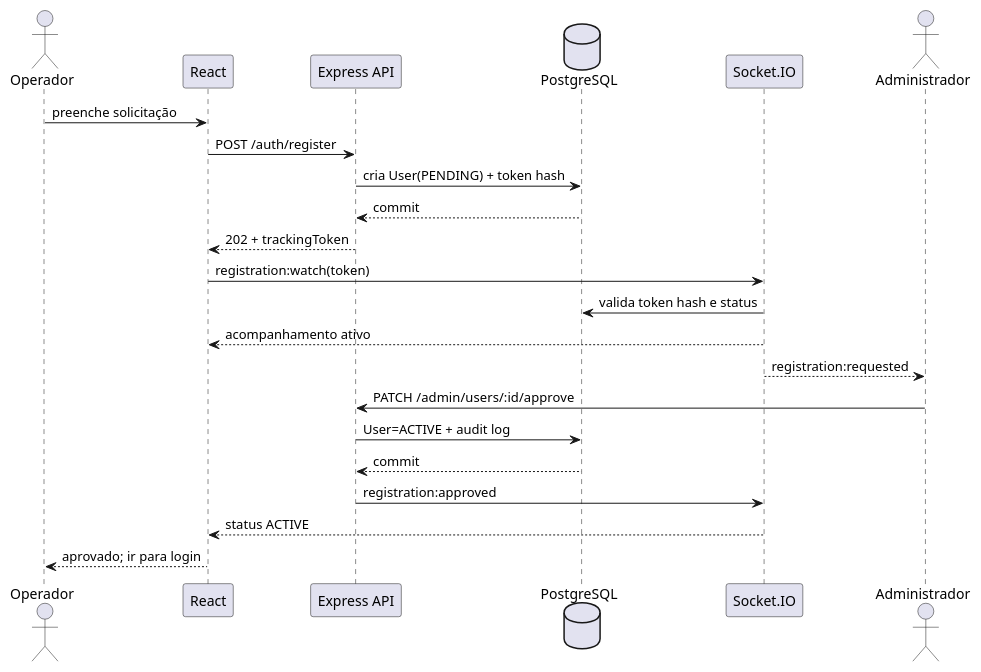
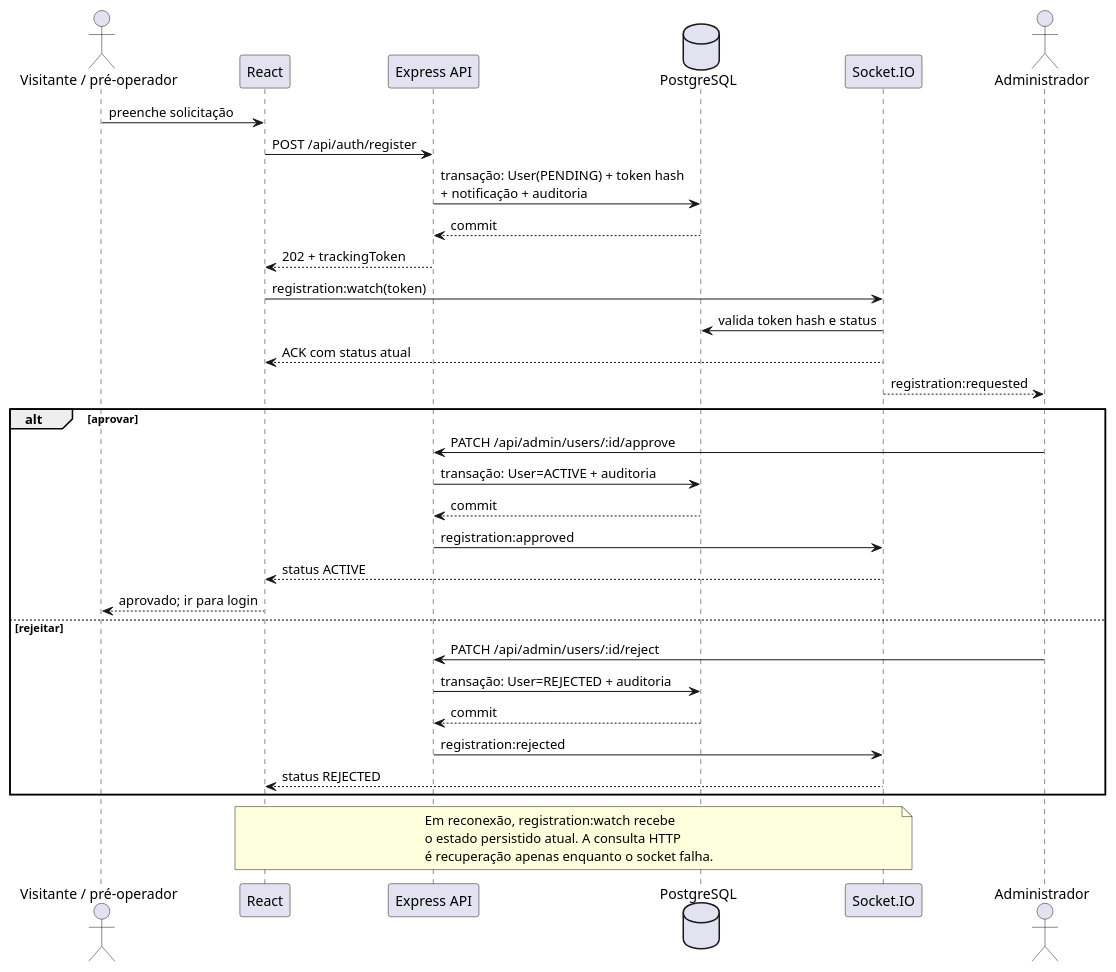
The diagram in docs/uml/registration-sequence.puml (Gui-SBarbosa/Plataforma-Gestao-de-Contatos), drawn with PlantUML before and after one commit. The commit also changed other lines of this file and 11 other files, not shown here.

Commit message:
docs(uml): align diagrams with deployed system

```diff
--- a/docs/uml/registration-sequence.puml
+++ b/docs/uml/registration-sequence.puml
@@ -1,24 +1,37 @@
 @startuml
-actor Operador
+actor "Visitante / pré-operador" as Visitante
 participant "React" as Web
 participant "Express API" as API
 database PostgreSQL as DB
 participant "Socket.IO" as Socket
 actor Administrador as Admin
 
-Operador -> Web : preenche solicitação
-Web -> API : POST /auth/register
-API -> DB : cria User(PENDING) + token hash
+Visitante -> Web : preenche solicitação
+Web -> API : POST /api/auth/register
+API -> DB : transação: User(PENDING) + token hash\n+ notificação + auditoria
 DB --> API : commit
 API --> Web : 202 + trackingToken
 Web -> Socket : registration:watch(token)
 Socket -> DB : valida token hash e status
-Socket --> Web : acompanhamento ativo
+Socket --> Web : ACK com status atual
 Socket --> Admin : registration:requested
-Admin -> API : PATCH /admin/users/:id/approve
-API -> DB : User=ACTIVE + audit log
-DB --> API : commit
-API -> Socket : registration:approved
-Socket --> Web : status ACTIVE
-Web --> Operador : aprovado; ir para login
+alt aprovar
+  Admin -> API : PATCH /api/admin/users/:id/approve
+  API -> DB : transação: User=ACTIVE + auditoria
+  DB --> API : commit
+  API -> Socket : registration:approved
+  Socket --> Web : status ACTIVE
+  Web --> Visitante : aprovado; ir para login
+else rejeitar
+  Admin -> API : PATCH /api/admin/users/:id/reject
+  API -> DB : transação: User=REJECTED + auditoria
+  DB --> API : commit
+  API -> Socket : registration:rejected
+  Socket --> Web : status REJECTED
+end
+note over Web,Socket
+  Em reconexão, registration:watch recebe
+  o estado persistido atual. A consulta HTTP
+  é recuperação apenas enquanto o socket falha.
+end note
 @enduml
```
